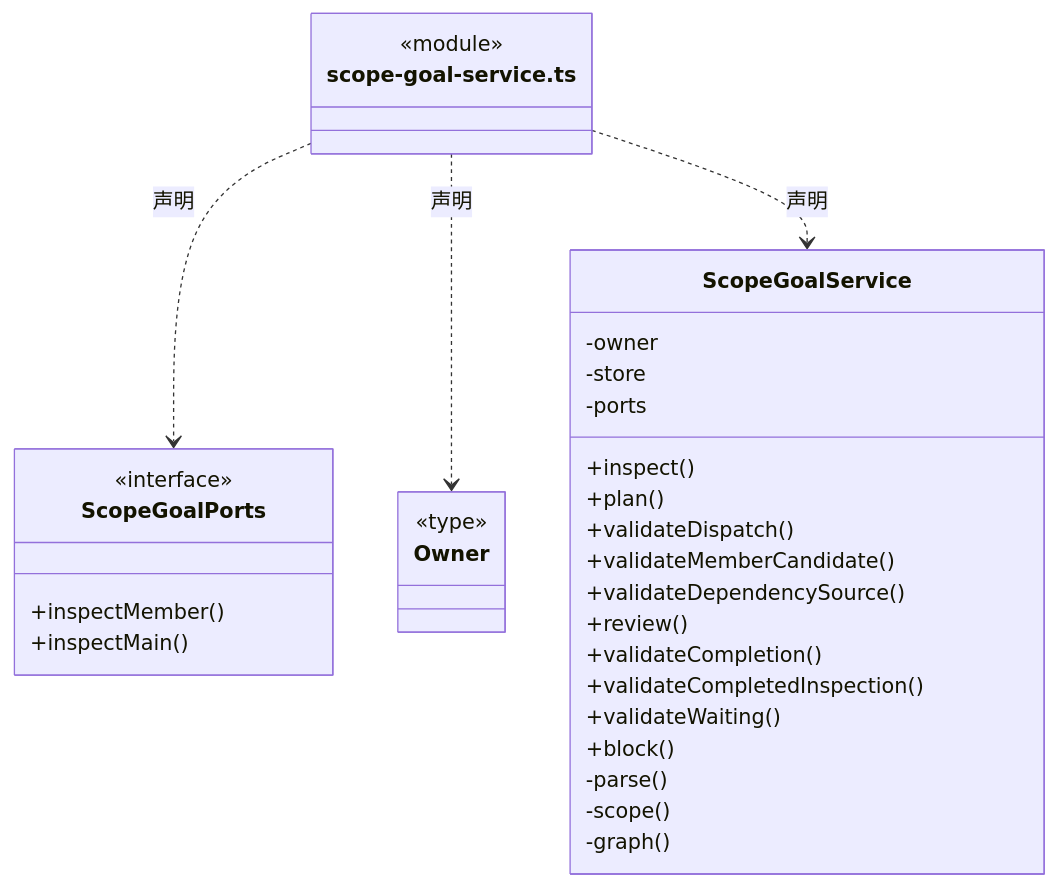
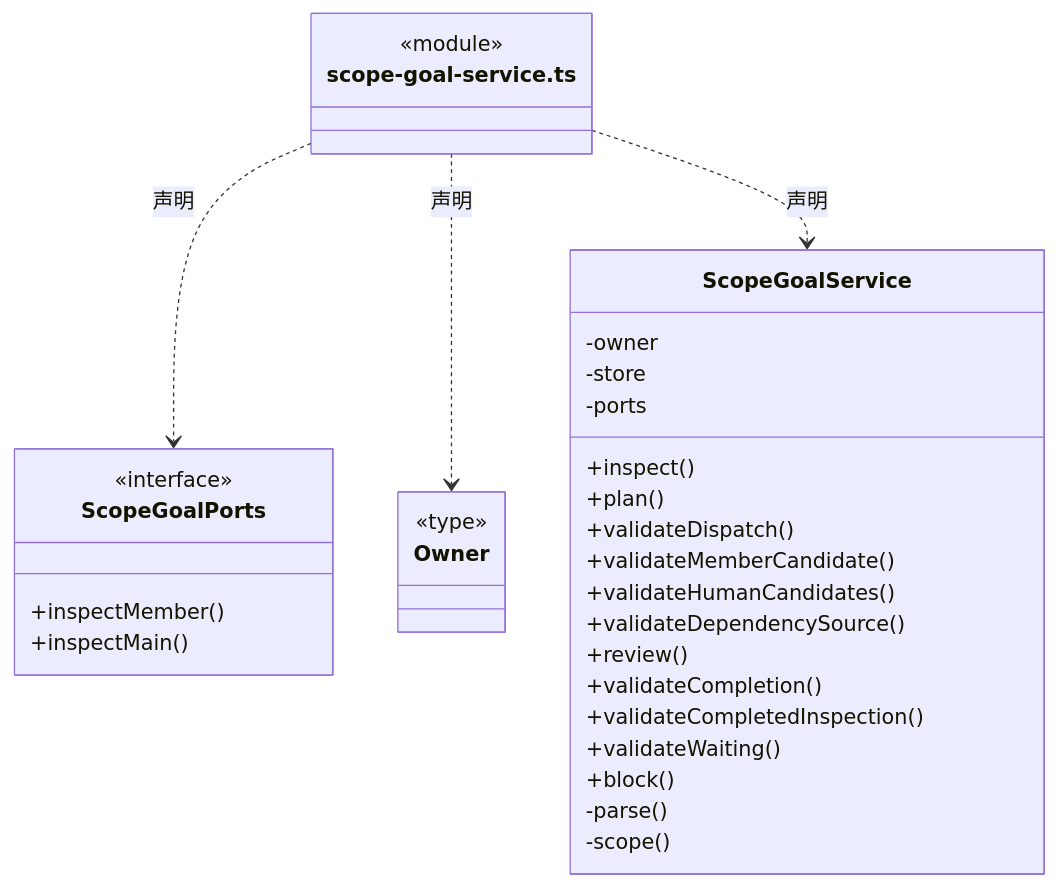
One commit to nan023062/cbim changed diagram 36 of 59 in src/backend/scheduler-engine/execution/ARCHITECTURE.md. Above: the diagram before and after it, drawn with Mermaid. The commit also changed other lines of this file and 52 other files, not shown here.

````diff
--- a/src/backend/scheduler-engine/execution/ARCHITECTURE.md
+++ b/src/backend/scheduler-engine/execution/ARCHITECTURE.md
@@ -912,36 +914,36 @@
 ```mermaid
 classDiagram
 class N_src_backend_scheduler_engine_execution_scope_goal_service_ts["scope-goal-service.ts"] {
   <<module>>
 }
 class N_src_backend_scheduler_engine_execution_scope_goal_service_ts_ScopeGoalPorts["ScopeGoalPorts"] {
   <<interface>>
   +inspectMember()
   +inspectMain()
 }
 N_src_backend_scheduler_engine_execution_scope_goal_service_ts ..> N_src_backend_scheduler_engine_execution_scope_goal_service_ts_ScopeGoalPorts : 声明
 class N_src_backend_scheduler_engine_execution_scope_goal_service_ts_Owner["Owner"] {
   <<type>>
 
 }
 N_src_backend_scheduler_engine_execution_scope_goal_service_ts ..> N_src_backend_scheduler_engine_execution_scope_goal_service_ts_Owner : 声明
 class N_src_backend_scheduler_engine_execution_scope_goal_service_ts_ScopeGoalService["ScopeGoalService"] {
   +inspect()
   +plan()
   +validateDispatch()
   +validateMemberCandidate()
+  +validateHumanCandidates()
   +validateDependencySource()
   +review()
   +validateCompletion()
   +validateCompletedInspection()
   +validateWaiting()
   +block()
   -owner
   -store
   -ports
   -parse()
   -scope()
-  -graph()
 }
 N_src_backend_scheduler_engine_execution_scope_goal_service_ts ..> N_src_backend_scheduler_engine_execution_scope_goal_service_ts_ScopeGoalService : 声明
 ```
````
